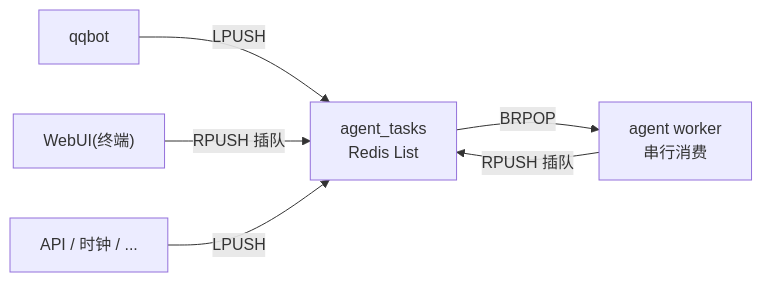
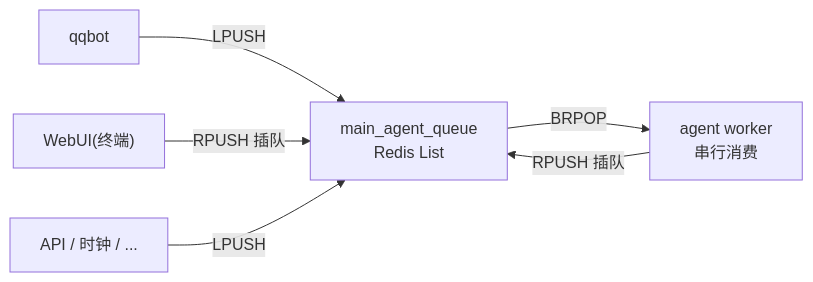
One commit to g-Ironfox/AAgent changed the diagram in docs/07-事件双重身份与信息回调.md. Above: the diagram before and after it, drawn with Mermaid. The commit also changed other lines of this file and 32 other files, not shown here.

````diff
--- a/docs/07-事件双重身份与信息回调.md
+++ b/docs/07-事件双重身份与信息回调.md
@@ -18,8 +18,8 @@
 ```mermaid
 flowchart LR
-    QQ["qqbot"] -->|"LPUSH"| Q["agent_tasks<br/>Redis List"]
+    QQ["qqbot"] -->|"LPUSH"| Q["main_agent_queue<br/>Redis List"]
     WEB["WebUI(终端)"] -->|"RPUSH 插队"| Q
     FUTURE["API / 时钟 / ..."] -->|"LPUSH"| Q
     Q -->|"BRPOP"| W["agent worker<br/>串行消费"]
     W -->|"RPUSH 插队"| Q
 ```
````
